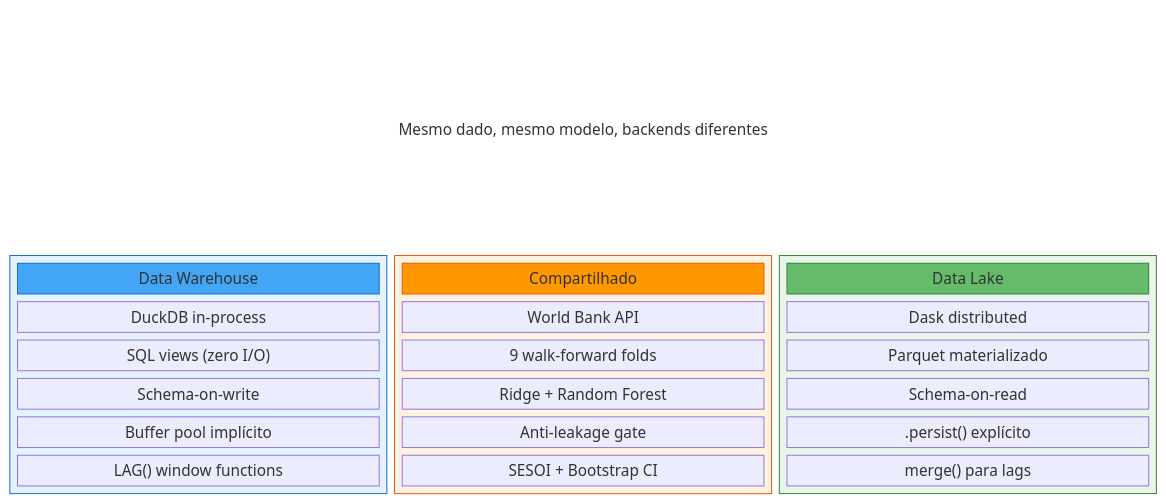
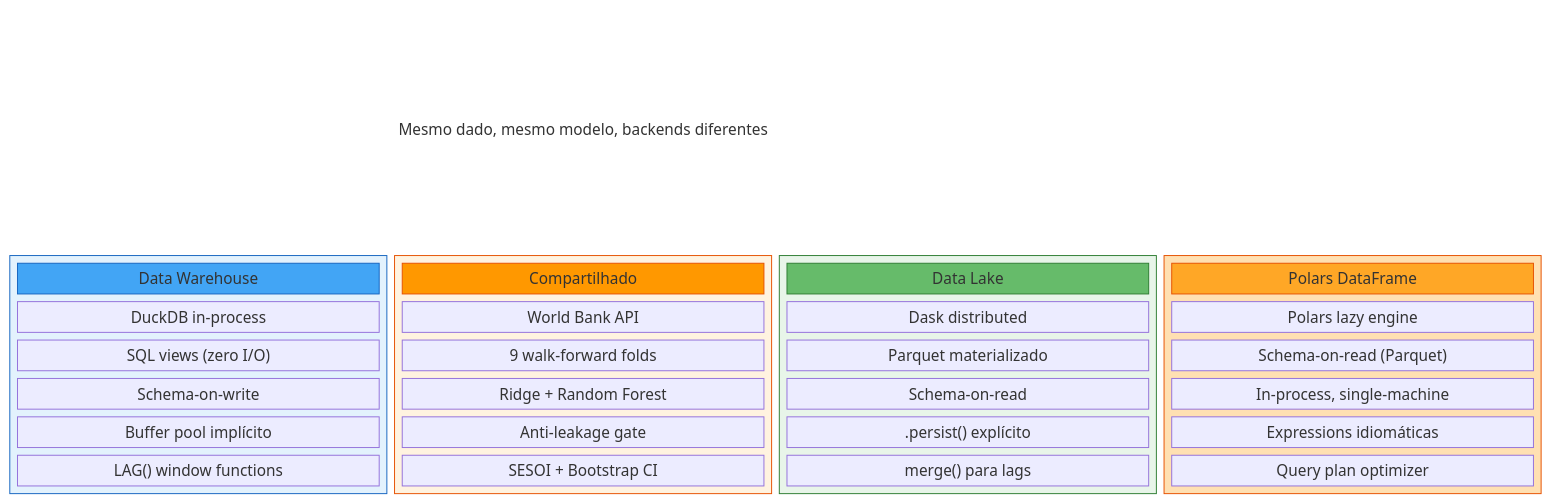
One commit to DATA-UFMS/rampart-framework changed the fourth of 5 diagrams in README.md. Above: the diagram before and after it, drawn with Mermaid. The commit also changed other lines of this file, not shown here.

First line of the commit message:
docs: atualiza README para 3 paradigmas (DL/DW/Polars)

````diff
--- a/README.md
+++ b/README.md
@@ -149,44 +155,56 @@
 ```mermaid
 block-beta
-    columns 3
+    columns 4
 
-    space header["Mesmo dado, mesmo modelo, backends diferentes"] space
+    space header["Mesmo dado, mesmo modelo, backends diferentes"] space space
 
     block:dw:1
         columns 1
         dw_title["Data Warehouse"]
         dw1["DuckDB in-process"]
         dw2["SQL views (zero I/O)"]
         dw3["Schema-on-write"]
         dw4["Buffer pool implícito"]
         dw5["LAG() window functions"]
     end
 
     block:shared:1
         columns 1
         sh_title["Compartilhado"]
         sh1["World Bank API"]
         sh2["9 walk-forward folds"]
         sh3["Ridge + Random Forest"]
         sh4["Anti-leakage gate"]
         sh5["SESOI + Bootstrap CI"]
     end
 
     block:dl:1
         columns 1
         dl_title["Data Lake"]
         dl1["Dask distributed"]
         dl2["Parquet materializado"]
         dl3["Schema-on-read"]
         dl4[".persist() explícito"]
         dl5["merge() para lags"]
     end
 
+    block:pl:1
+        columns 1
+        pl_title["Polars DataFrame"]
+        pl1["Polars lazy engine"]
+        pl2["Schema-on-read (Parquet)"]
+        pl3["In-process, single-machine"]
+        pl4["Expressions idiomáticas"]
+        pl5["Query plan optimizer"]
+    end
+
     style header fill:transparent,stroke:none,color:#333
     style dw_title fill:#42a5f5,stroke:#1565c0,color:#fff
     style dl_title fill:#66bb6a,stroke:#2e7d32,color:#fff
+    style pl_title fill:#ffa726,stroke:#e65100,color:#fff
     style sh_title fill:#ff9800,stroke:#e65100,color:#fff
     style dw fill:#e3f2fd,stroke:#1565c0
     style shared fill:#fff3e0,stroke:#e65100
     style dl fill:#e8f5e9,stroke:#2e7d32
+    style pl fill:#ffe0b2,stroke:#e65100
 ```
````
